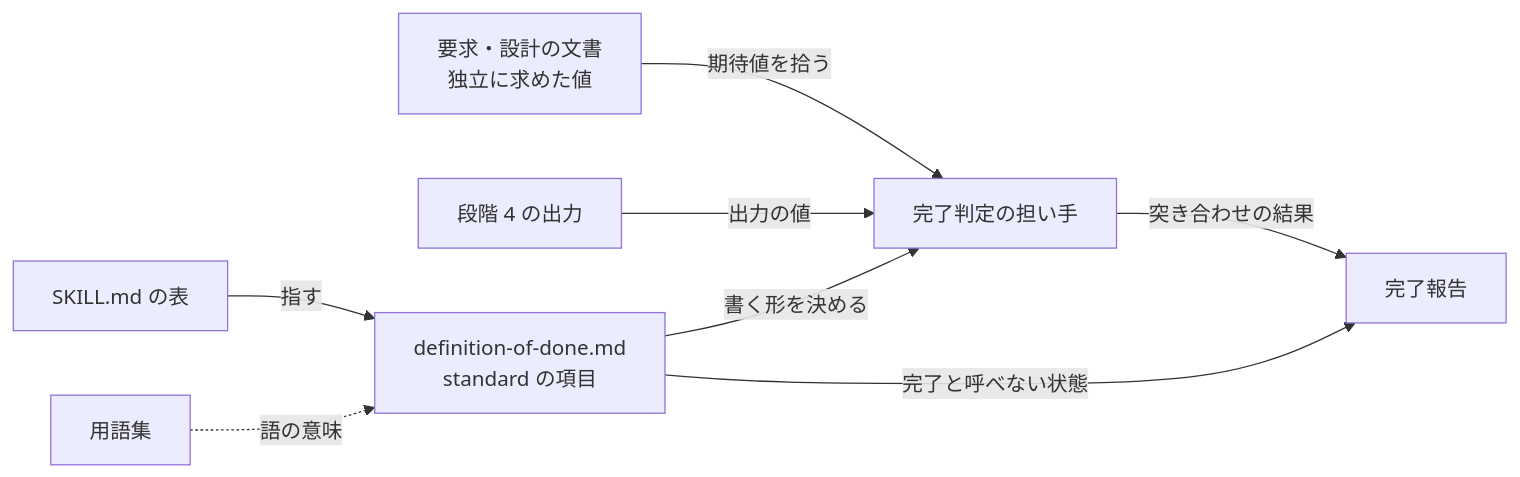
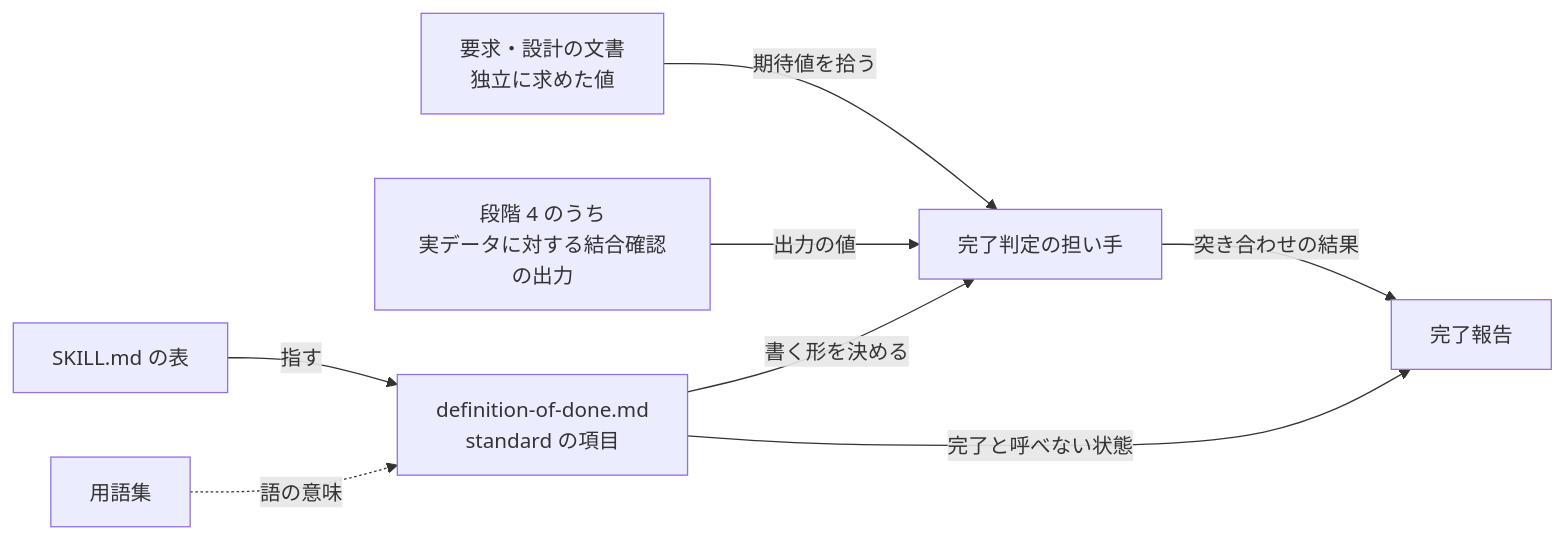
The first of 2 diagrams in issues/issue-735-design.md (devbasex/ai-plugins), drawn with Mermaid before and after one commit. The commit also changed other lines of this file and 2 other files, not shown here.

````diff
--- a/issues/issue-735-design.md
+++ b/issues/issue-735-design.md
@@ -95,10 +95,10 @@
 ```mermaid
 flowchart LR
   REQ[要求・設計の文書<br/>独立に求めた値] -->|期待値を拾う| A[完了判定の担い手]
-  S4[段階 4 の出力] -->|出力の値| A
+  S4[段階 4 のうち<br/>実データに対する結合確認の出力] -->|出力の値| A
   DOD[definition-of-done.md<br/>standard の項目] -->|書く形を決める| A
   SK[SKILL.md の表] -->|指す| DOD
   A -->|突き合わせの結果| R[完了報告]
   DOD -->|完了と呼べない状態| R
   GL[用語集] -.->|語の意味| DOD
 ```
````
